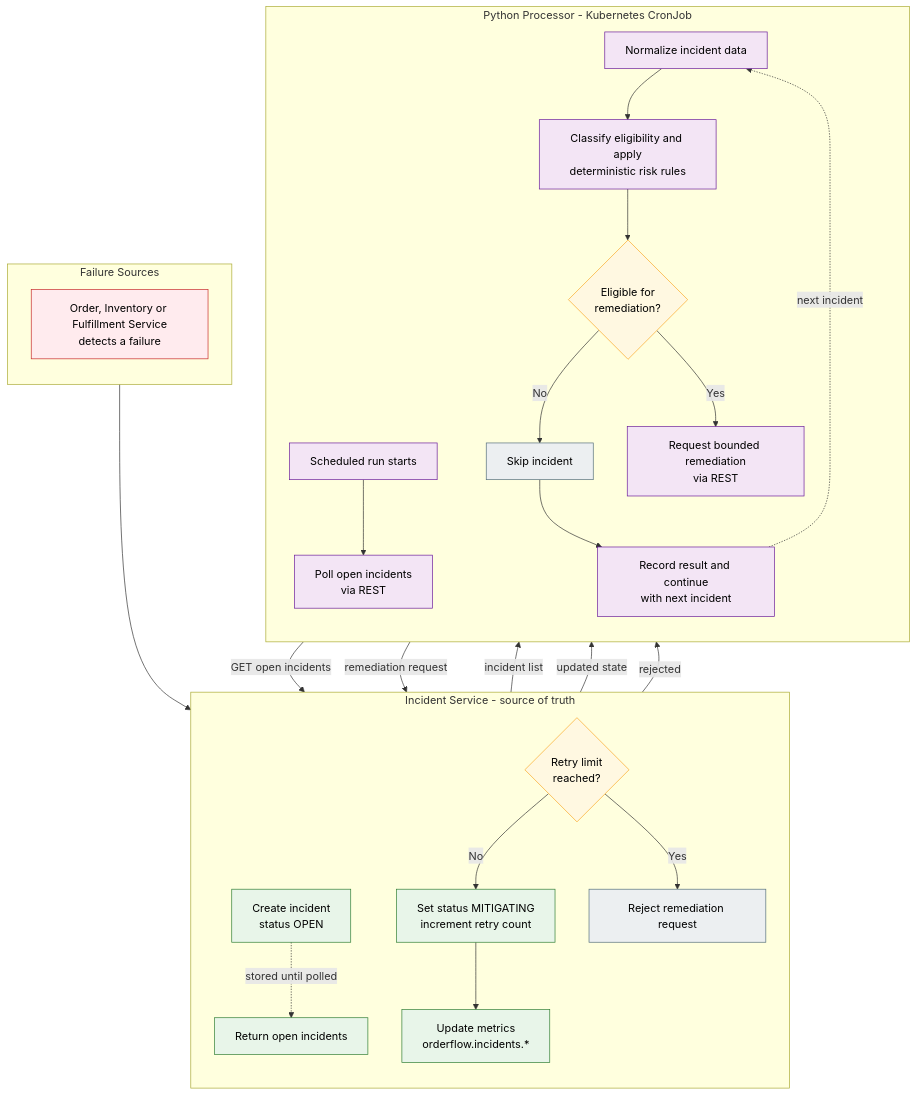
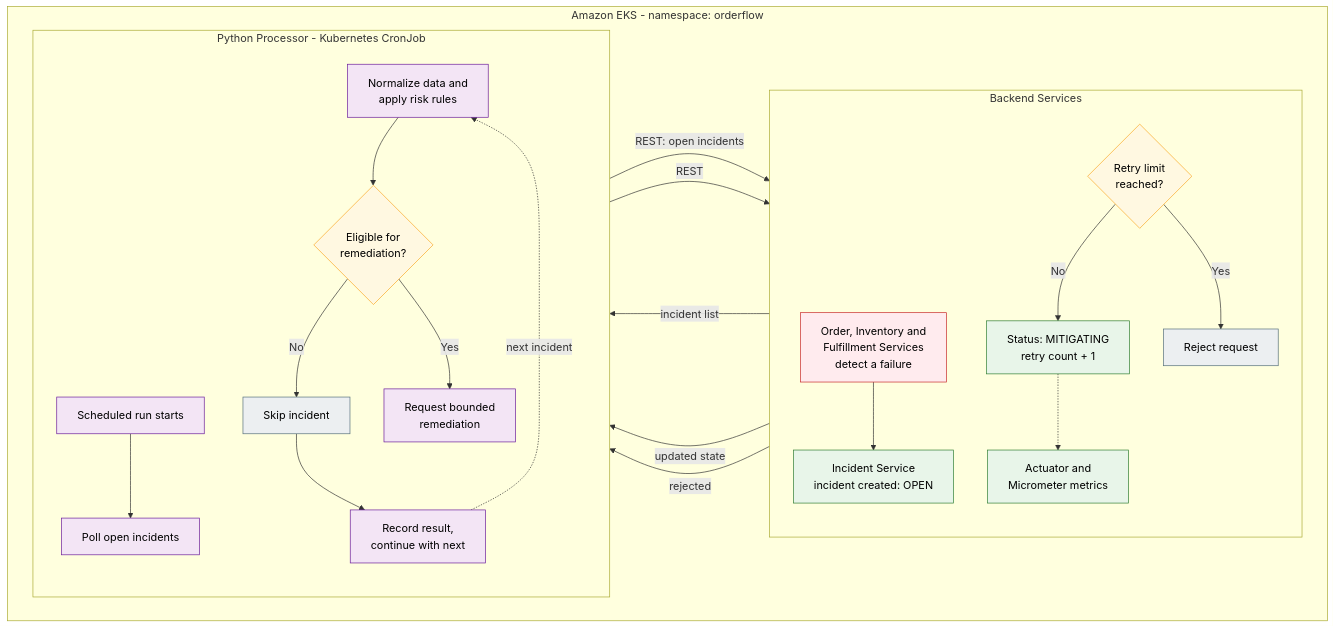
Before and after one commit to ganesh-2212/orderflow-cloud-platform: the third of 7 diagrams in README.md, drawn with Mermaid. The commit also changed other lines of this file, not shown here.

Commit message:
docs: improve project documentation

````diff
--- a/README.md
+++ b/README.md
@@ -163,57 +148,53 @@
 ```mermaid
-flowchart TB
-    subgraph SOURCE["Failure Sources"]
-        direction TB
-        S1["Order, Inventory or Fulfillment Service<br/>detects a failure"]
+flowchart LR
+    subgraph EKS["Amazon EKS - namespace: orderflow"]
+        direction LR
+
+        subgraph BACKEND["Backend Services"]
+            direction TB
+            SRC["Order, Inventory and<br/>Fulfillment Services<br/>detect a failure"]
+            INC["Incident Service<br/>incident created: OPEN"]
+            LIM{"Retry limit<br/>reached?"}
+            MIT["Status: MITIGATING<br/>retry count + 1"]
+            REJ["Reject request"]
+            MET["Actuator and<br/>Micrometer metrics"]
+        end
+
+        subgraph CRON["Python Processor - Kubernetes CronJob"]
+            direction TB
+            P1["Scheduled run starts"]
+            P2["Poll open incidents"]
+            P3["Normalize data and<br/>apply risk rules"]
+            P5{"Eligible for<br/>remediation?"}
+            SKIP["Skip incident"]
+            P7["Request bounded<br/>remediation"]
+            P8["Record result,<br/>continue with next"]
+        end
     end
 
-    subgraph INCSVC["Incident Service - source of truth"]
-        direction TB
-        C1["Create incident<br/>status OPEN"]
-        C2["Return open incidents"]
-        C3{"Retry limit<br/>reached?"}
-        C4["Set status MITIGATING<br/>increment retry count"]
-        C5["Reject remediation request"]
-        C6["Update metrics<br/>orderflow.incidents.*"]
-    end
-
-    subgraph PROC["Python Processor - Kubernetes CronJob"]
-        direction TB
-        P1["Scheduled run starts"]
-        P2["Poll open incidents<br/>via REST"]
-        P3["Normalize incident data"]
-        P4["Classify eligibility and apply<br/>deterministic risk rules"]
-        P5{"Eligible for<br/>remediation?"}
-        P6["Skip incident"]
-        P7["Request bounded remediation<br/>via REST"]
-        P8["Record result and continue<br/>with next incident"]
-    end
-
-    S1 --> C1
-    C1 -.->|"stored until polled"| C2
+    SRC --> INC
     P1 --> P2
-    P2 -->|"GET open incidents"| C2
-    C2 -->|"incident list"| P3
-    P3 --> P4 --> P5
-    P5 -->|"No"| P6
+    P2 -->|"REST: open incidents"| INC
+    INC -->|"incident list"| P3
+    P3 --> P5
+    P5 -->|"No"| SKIP --> P8
     P5 -->|"Yes"| P7
-    P7 -->|"remediation request"| C3
-    C3 -->|"No"| C4
-    C3 -->|"Yes"| C5
-    C4 --> C6
-    C4 -->|"updated state"| P8
-    C5 -->|"rejected"| P8
-    P6 --> P8
+    P7 -->|"REST"| LIM
+    LIM -->|"No"| MIT
+    LIM -->|"Yes"| REJ
+    MIT -.-> MET
+    MIT -->|"updated state"| P8
+    REJ -->|"rejected"| P8
     P8 -.->|"next incident"| P3
 
     classDef src fill:#ffebee,stroke:#c62828,color:#000
     classDef svc fill:#e8f5e9,stroke:#2e7d32,color:#000
     classDef auto fill:#f3e5f5,stroke:#6a1b9a,color:#000
     classDef decision fill:#fff8e1,stroke:#f9a825,color:#000
     classDef neutral fill:#eceff1,stroke:#546e7a,color:#000
-    class S1 src
-    class C1,C2,C4,C6 svc
-    class C5,P6 neutral
-    class P1,P2,P3,P4,P7,P8 auto
-    class C3,P5 decision
+    class SRC src
+    class INC,MIT,MET svc
+    class REJ,SKIP neutral
+    class P1,P2,P3,P7,P8 auto
+    class LIM,P5 decision
 ```
````
